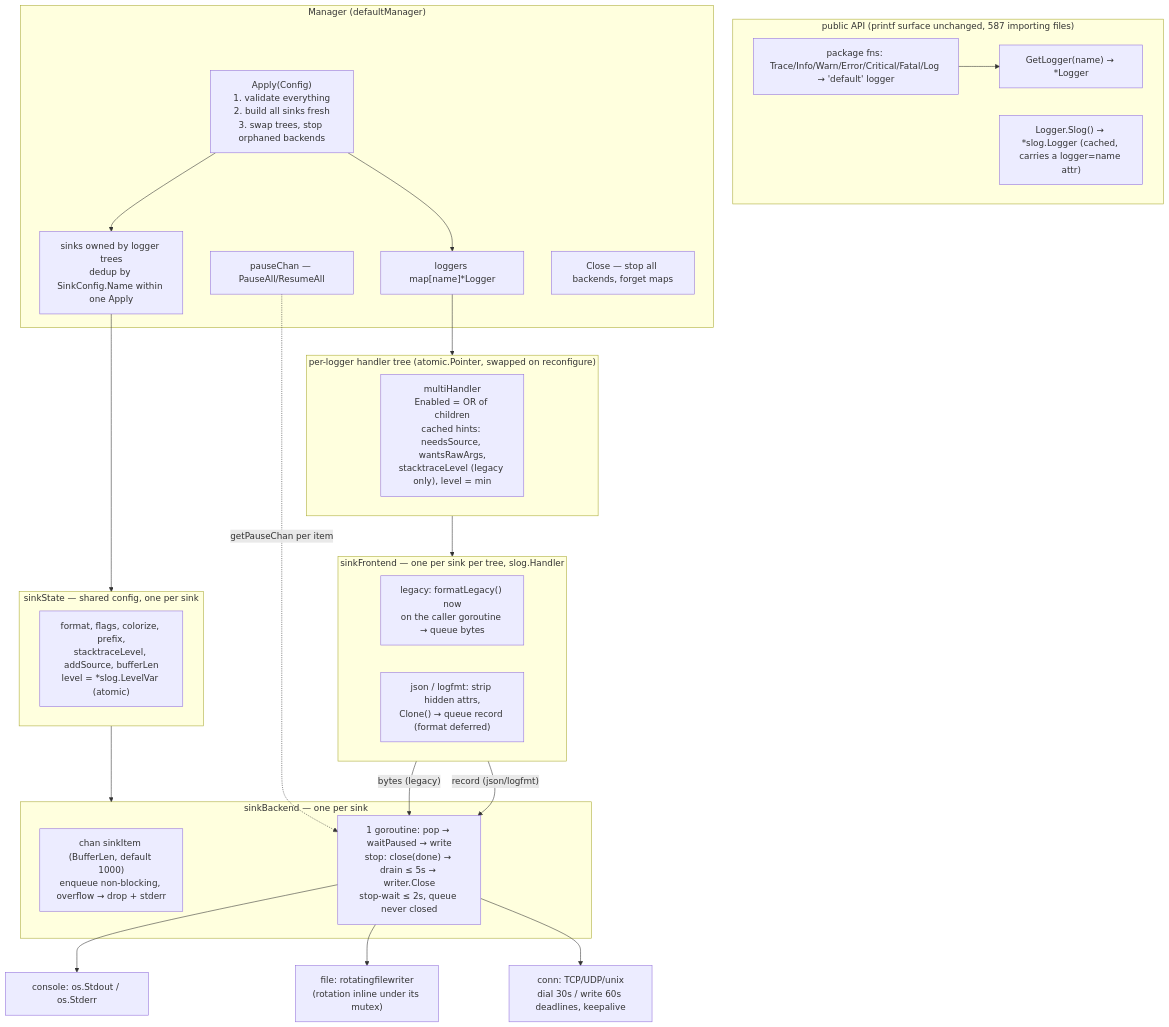
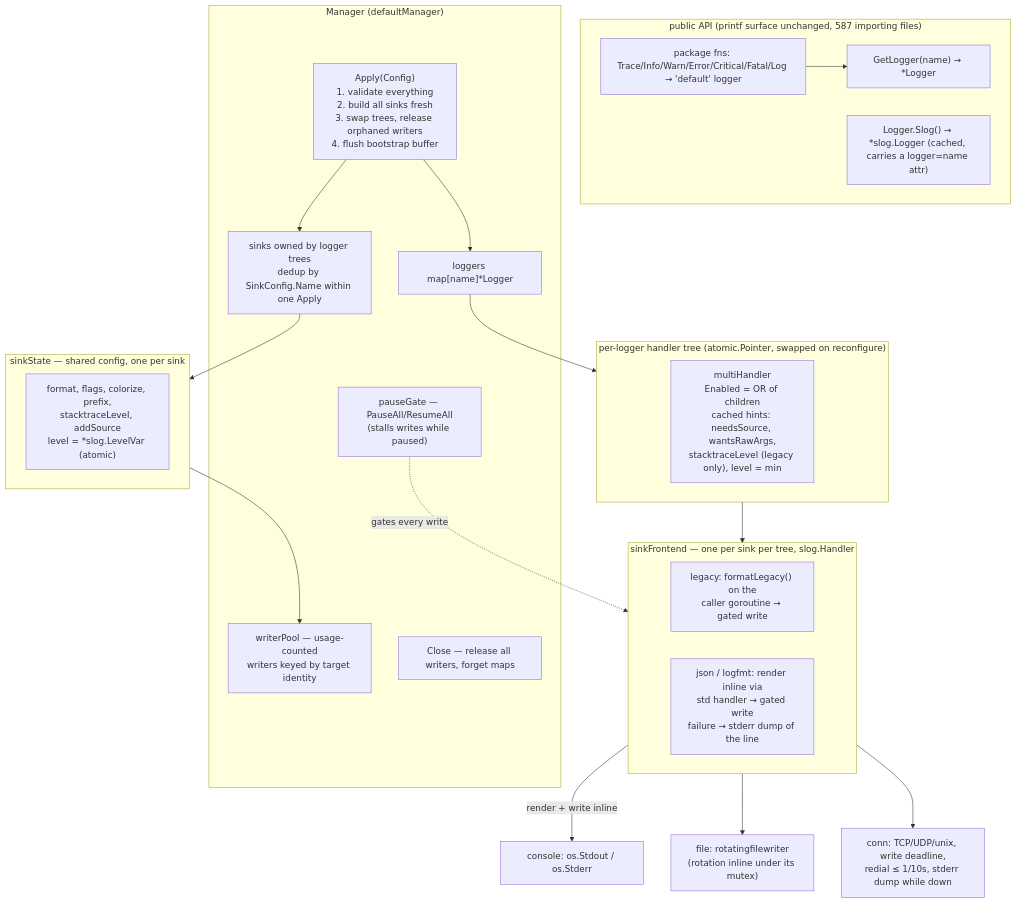
The first of 3 diagrams in slog_new_design.md (TheFox0x7/gitea), drawn with Mermaid before and after one commit. The commit also changed other lines of this file and 12 other files, not shown here.

````diff
--- a/slog_new_design.md
+++ b/slog_new_design.md
@@ -11,52 +11,46 @@
 ```mermaid
 flowchart TB
     subgraph api["public API (printf surface unchanged, 587 importing files)"]
         PKG["package fns: Trace/Info/Warn/Error/Critical/Fatal/Log → 'default' logger"]
         GETL["GetLogger(name) → *Logger"]
         SL["Logger.Slog() → *slog.Logger (cached, carries a logger=name attr)"]
     end
 
     subgraph mgr["Manager (defaultManager)"]
         REG["loggers map[name]*Logger"]
         SINKREG["sinks owned by logger trees<br/>dedup by SinkConfig.Name within one Apply"]
-        PAUSE["pauseChan — PauseAll/ResumeAll"]
-        APPLY["Apply(Config)<br/>1. validate everything<br/>2. build all sinks fresh<br/>3. swap trees, stop orphaned backends"]
-        CLOSE["Close — stop all backends, forget maps"]
+        PAUSE["pauseGate — PauseAll/ResumeAll<br/>(stalls writes while paused)"]
+        POOL["writerPool — usage-counted<br/>writers keyed by target identity"]
+        APPLY["Apply(Config)<br/>1. validate everything<br/>2. build all sinks fresh<br/>3. swap trees, release orphaned writers<br/>4. flush bootstrap buffer"]
+        CLOSE["Close — release all writers, forget maps"]
     end
 
     subgraph tree["per-logger handler tree (atomic.Pointer, swapped on reconfigure)"]
         MH["multiHandler<br/>Enabled = OR of children<br/>cached hints: needsSource, wantsRawArgs,<br/>stacktraceLevel (legacy only), level = min"]
     end
 
     subgraph fe["sinkFrontend — one per sink per tree, slog.Handler"]
-        F1["legacy: formatLegacy() now<br/>on the caller goroutine → queue bytes"]
-        F2["json / logfmt: strip hidden attrs,<br/>Clone() → queue record (format deferred)"]
+        F1["legacy: formatLegacy() on the<br/>caller goroutine → gated write"]
+        F2["json / logfmt: render inline via<br/>std handler → gated write<br/>failure → stderr dump of the line"]
     end
 
     subgraph st["sinkState — shared config, one per sink"]
-        STATE["format, flags, colorize, prefix,<br/>stacktraceLevel, addSource, bufferLen<br/>level = *slog.LevelVar (atomic)"]
-    end
-
-    subgraph be["sinkBackend — one per sink"]
-        Q["chan sinkItem (BufferLen, default 1000)<br/>enqueue non-blocking, overflow → drop + stderr"]
-        G["1 goroutine: pop → waitPaused → write<br/>stop: close(done) → drain ≤ 5s → writer.Close<br/>stop-wait ≤ 2s, queue never closed"]
+        STATE["format, flags, colorize, prefix,<br/>stacktraceLevel, addSource<br/>level = *slog.LevelVar (atomic)"]
     end
 
     W1["console: os.Stdout / os.Stderr"]
     W2["file: rotatingfilewriter<br/>(rotation inline under its mutex)"]
-    W3["conn: TCP/UDP/unix<br/>dial 30s / write 60s deadlines, keepalive"]
+    W3["conn: TCP/UDP/unix, write deadline,<br/>redial ≤ 1/10s, stderr dump while down"]
 
     PKG --> GETL
     APPLY --> REG
     APPLY --> SINKREG
     REG --> tree
     SINKREG --> st
     tree --> fe
-    st --> be
-    fe -->|"bytes (legacy)"| G
-    fe -->|"record (json/logfmt)"| G
-    G --> W1
-    G --> W2
-    G --> W3
-    PAUSE -.->|"getPauseChan per item"| G
+    st --> POOL
+    fe -->|"render + write inline"| W1
+    fe --> W2
+    fe --> W3
+    PAUSE -.->|"gates every write"| fe
 ```
````
